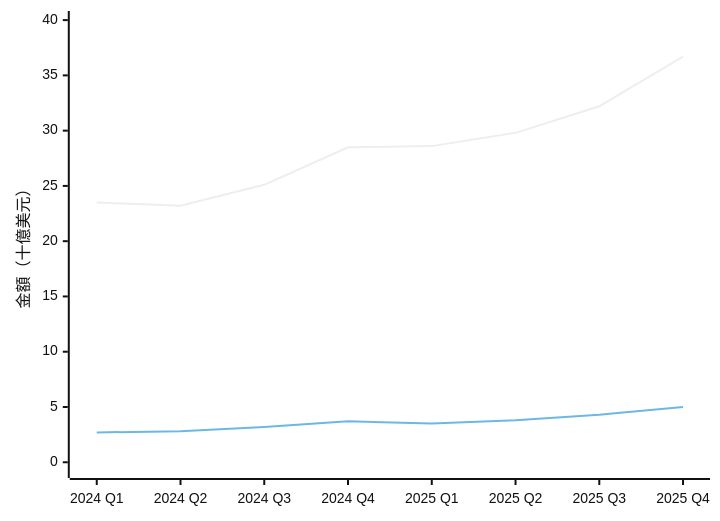
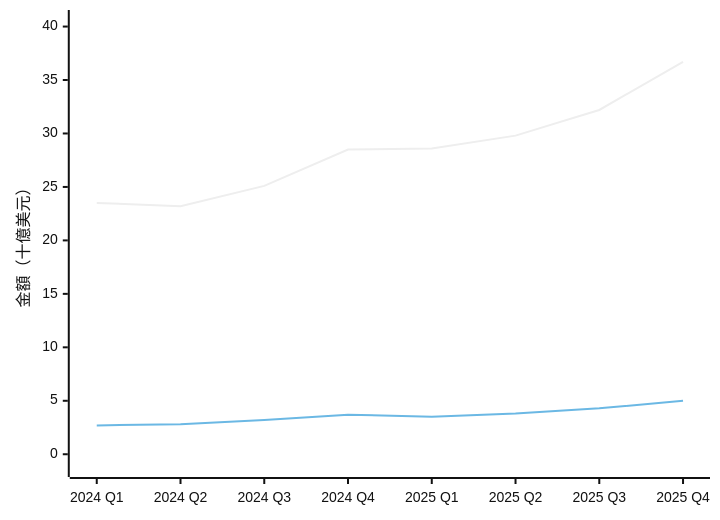
Diagram 14 of 19 in content/台灣零售與電商競爭分析.md (jyuny1/blog), drawn with Mermaid (neutral theme) before and after one commit. The commit also changed other lines of this file, not shown here.

````diff
--- a/content/台灣零售與電商競爭分析.md
+++ b/content/台灣零售與電商競爭分析.md
@@ -193,7 +193,7 @@
 ```mermaid
 xychart-beta
     x-axis ["2024 Q1", "2024 Q2", "2024 Q3", "2024 Q4", "2025 Q1", "2025 Q2", "2025 Q3", "2025 Q4"]
-    y-axis "金額（十億美元）" -0.7 --> 40.1
+    y-axis "金額（十億美元）" -1.38 --> 40.8
     line [23.5, 23.2, 25.1, 28.5, 28.6, 29.8, 32.2, 36.7]
     line [2.7, 2.8, 3.2, 3.7, 3.5, 3.8, 4.3, 5]
 ```
````
